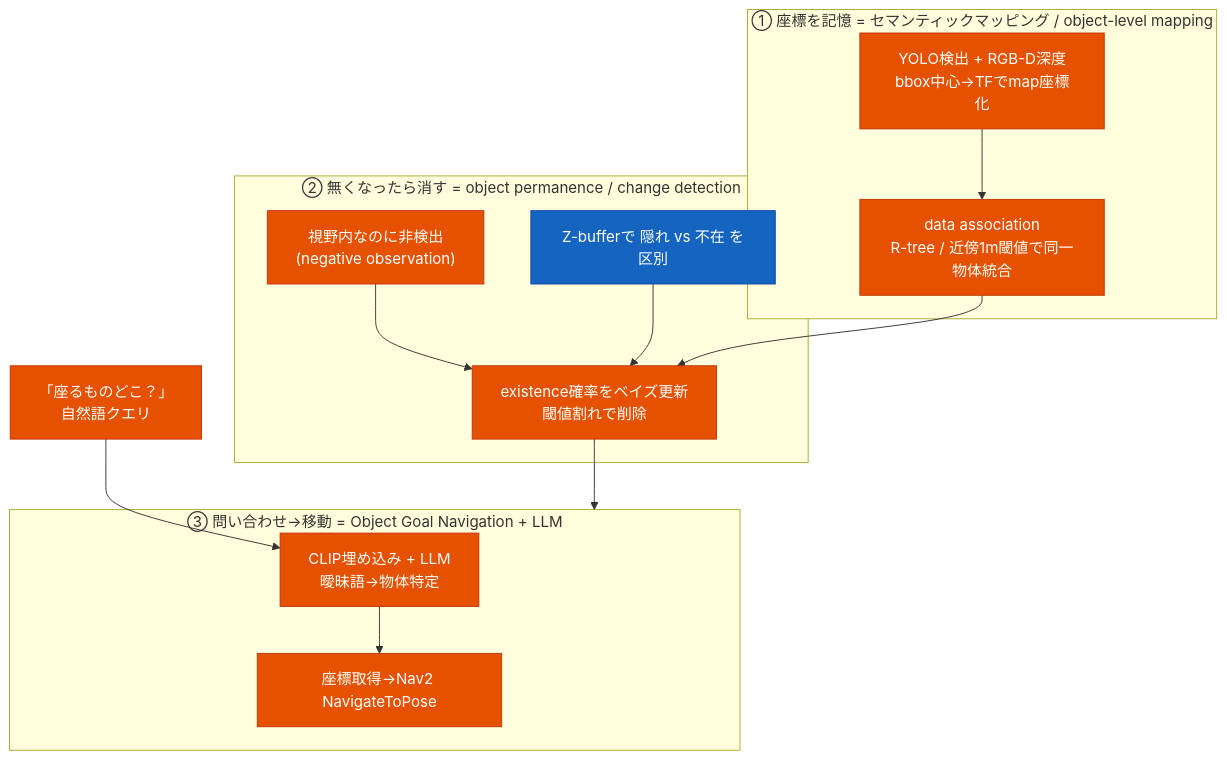
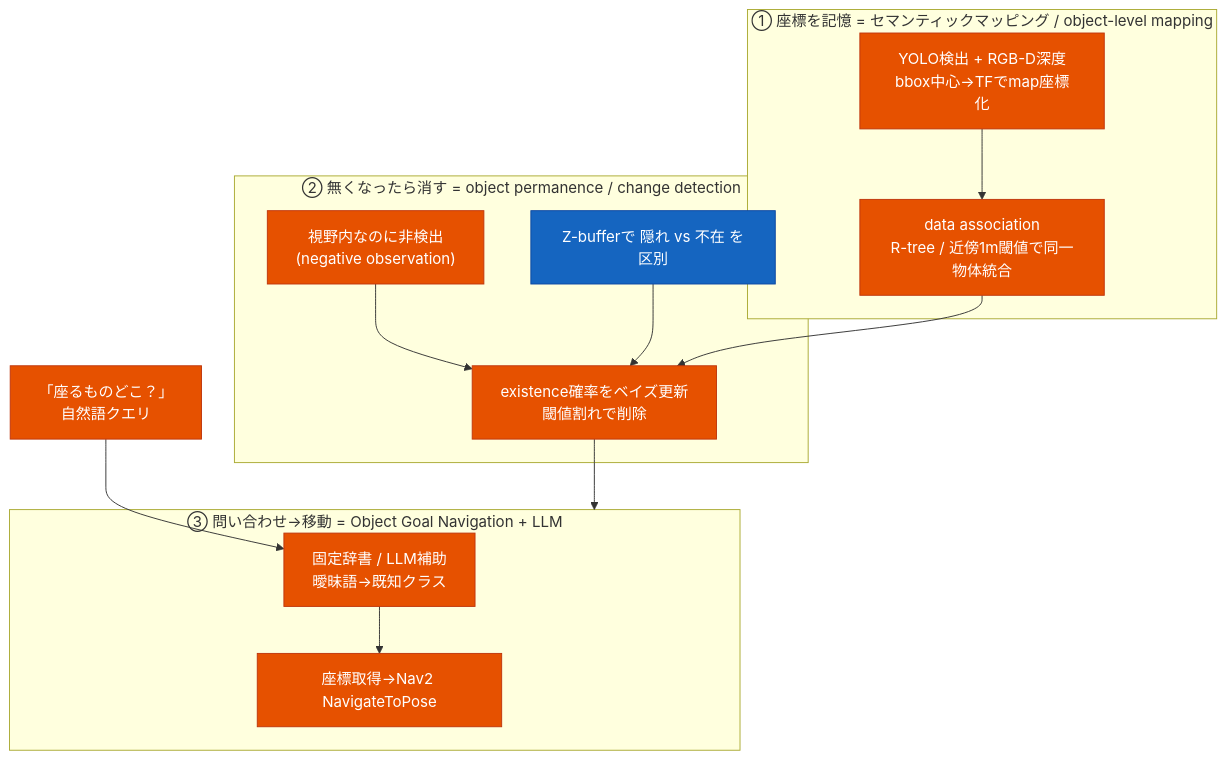
The diagram in docs/semantic_object_memory_research.md (sato-susumu/susumu_object_perception), drawn with Mermaid before and after one commit. The commit also changed other lines of this file and 40 other files, not shown here.

````diff
--- a/docs/semantic_object_memory_research.md
+++ b/docs/semantic_object_memory_research.md
@@ -24,24 +24,24 @@
 ```mermaid
 flowchart TB
   q["「座るものどこ？」<br/>自然語クエリ"]:::own
   subgraph S1["① 座標を記憶 = セマンティックマッピング / object-level mapping"]
     a["YOLO検出 + RGB-D深度<br/>bbox中心→TFでmap座標化"]:::own
     b["data association<br/>R-tree / 近傍1m閾値で同一物体統合"]:::own
     a-->b
   end
   subgraph S2["② 無くなったら消す = object permanence / change detection"]
     c["視野内なのに非検出<br/>(negative observation)"]:::own
     e["Z-bufferで 隠れ vs 不在 を区別"]:::hd
     d["existence確率をベイズ更新<br/>閾値割れで削除"]:::own
     c-->d; e-->d
   end
   subgraph S3["③ 問い合わせ→移動 = Object Goal Navigation + LLM"]
-    f["CLIP埋め込み + LLM<br/>曖昧語→物体特定"]:::own
+    f["固定辞書 / LLM補助<br/>曖昧語→既知クラス"]:::own
     g["座標取得→Nav2 NavigateToPose"]:::own
     f-->g
   end
   b-->d-->S3
   q-->f
   classDef own fill:#e65100,stroke:#bf360c,color:#fff;
   classDef hd fill:#1565c0,stroke:#0d47a1,color:#fff;
 ```
````
